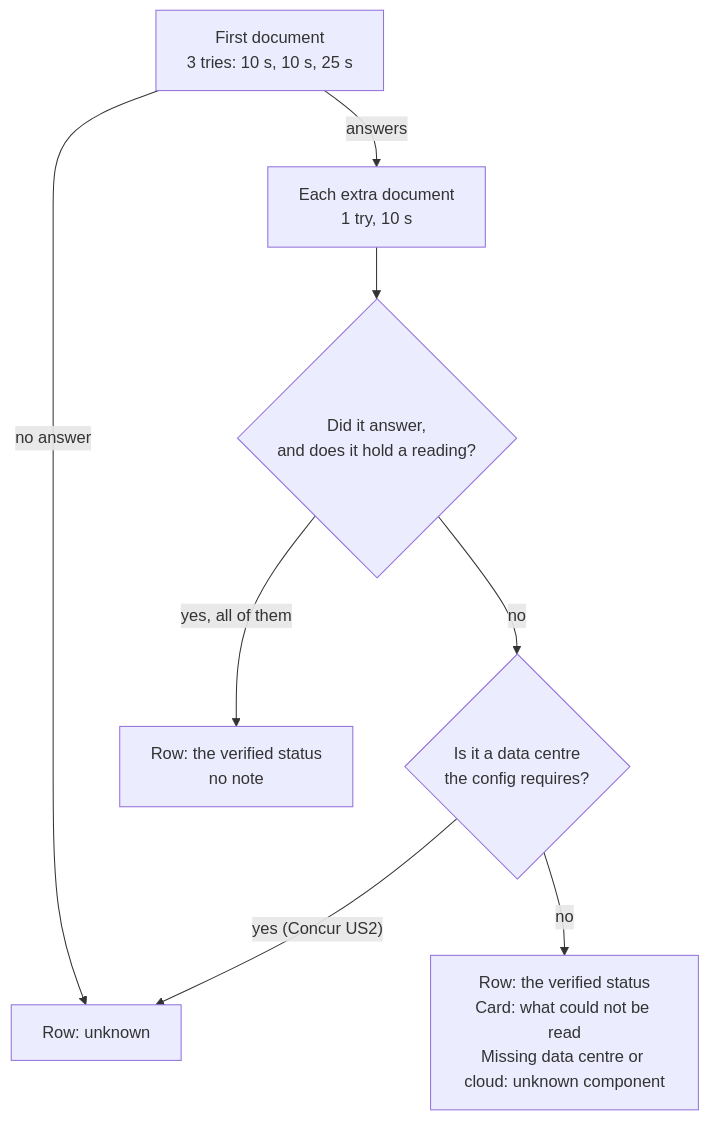
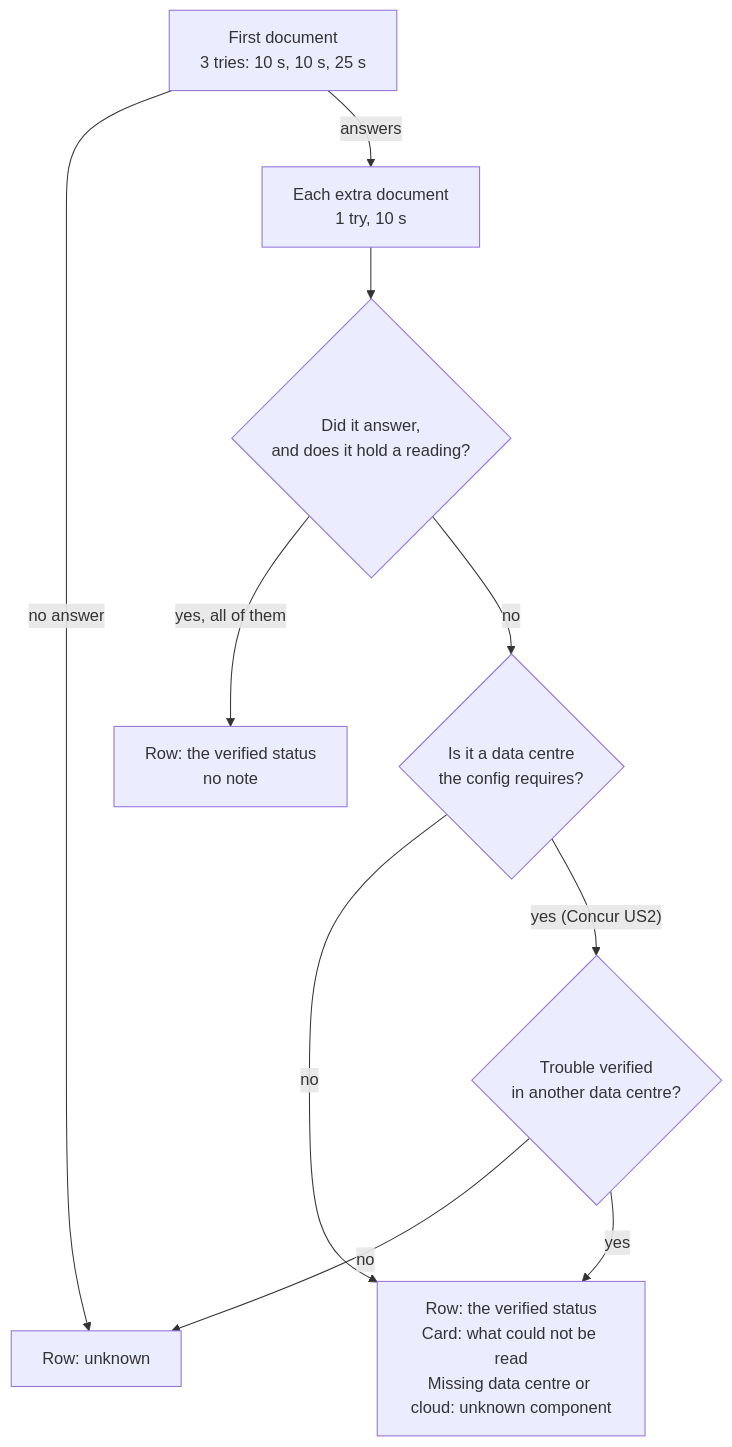
Before and after one commit to bjgreenberg/vendor-dashboard: the fourth of 5 diagrams in README.md, drawn with Mermaid. The commit also changed other lines of this file and 8 other files, not shown here.

First line of the commit message:
fix(engine): a required data centre left unread is an unknown vote, not a veto

````diff
--- a/README.md
+++ b/README.md
@@ -322,10 +326,12 @@
 ```mermaid
 flowchart TD
     first["First document<br/>3 tries: 10 s, 10 s, 25 s"] -->|"no answer"| unk["Row: unknown"]
     first -->|"answers"| extra["Each extra document<br/>1 try, 10 s"]
     extra --> q{"Did it answer,<br/>and does it hold a reading?"}
     q -->|"yes, all of them"| whole["Row: the verified status<br/>no note"]
     q -->|"no"| req{"Is it a data centre<br/>the config requires?"}
-    req -->|"yes (Concur US2)"| unk
     req -->|"no"| part["Row: the verified status<br/>Card: what could not be read<br/>Missing data centre or cloud: unknown component"]
+    req -->|"yes (Concur US2)"| worse{"Trouble verified<br/>in another data centre?"}
+    worse -->|"no"| unk
+    worse -->|"yes"| part
 ```
````
